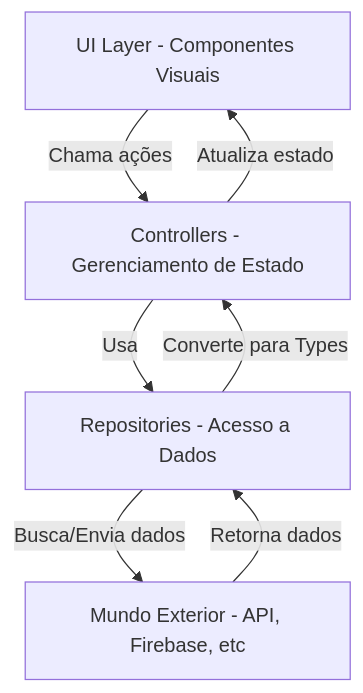
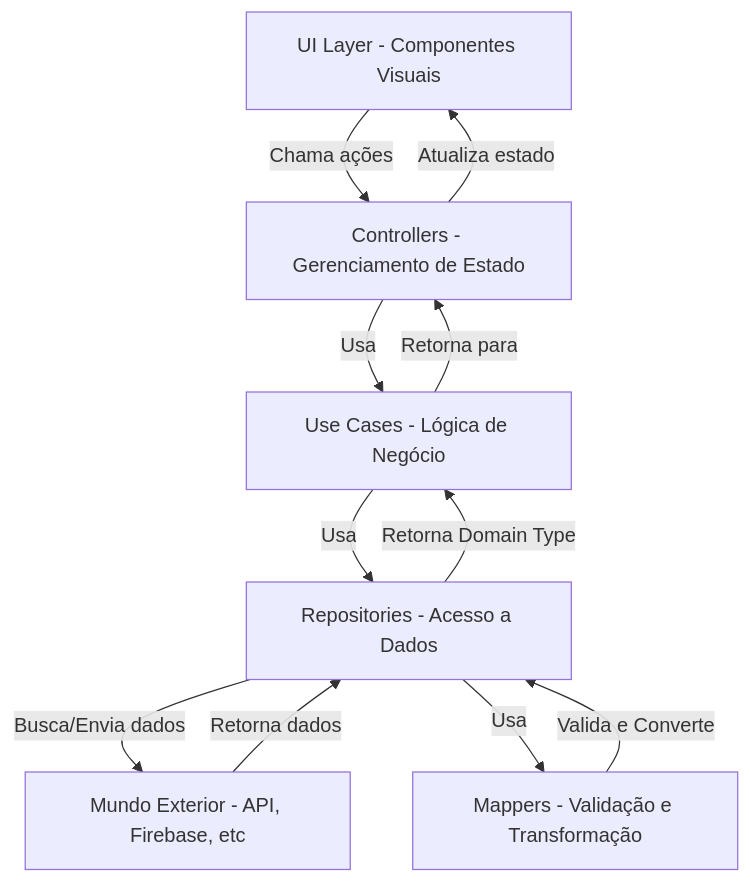
The diagram in .cursor/rules/architecture.mdc (Clocktale/web-front-end), drawn with Mermaid before and after one commit. The commit also changed other lines of this file and 21 other files, not shown here.

Commit message:
refactor: organize data layer with mappers and responses, removing api folder from types folder

````diff
--- a/.cursor/rules/architecture.mdc
+++ b/.cursor/rules/architecture.mdc
@@ -12,14 +12,20 @@
 ```mermaid
 graph TD
     UI[UI Layer - Componentes Visuais]
     Controllers[Controllers - Gerenciamento de Estado]
+    UseCases[Use Cases - Lógica de Negócio]
     Repositories[Repositories - Acesso a Dados]
+    Mappers[Mappers - Validação e Transformação]
     External[Mundo Exterior - API, Firebase, etc]
     
     UI -->|Chama ações| Controllers
-    Controllers -->|Usa| Repositories
+    Controllers -->|Usa| UseCases
+    UseCases -->|Usa| Repositories
     Repositories -->|Busca/Envia dados| External
     External -->|Retorna dados| Repositories
-    Repositories -->|Converte para Types| Controllers
+    Repositories -->|Usa| Mappers
+    Mappers -->|Valida e Converte| Repositories
+    Repositories -->|Retorna Domain Type| UseCases
+    UseCases -->|Retorna para| Controllers
     Controllers -->|Atualiza estado| UI
 ```
````
